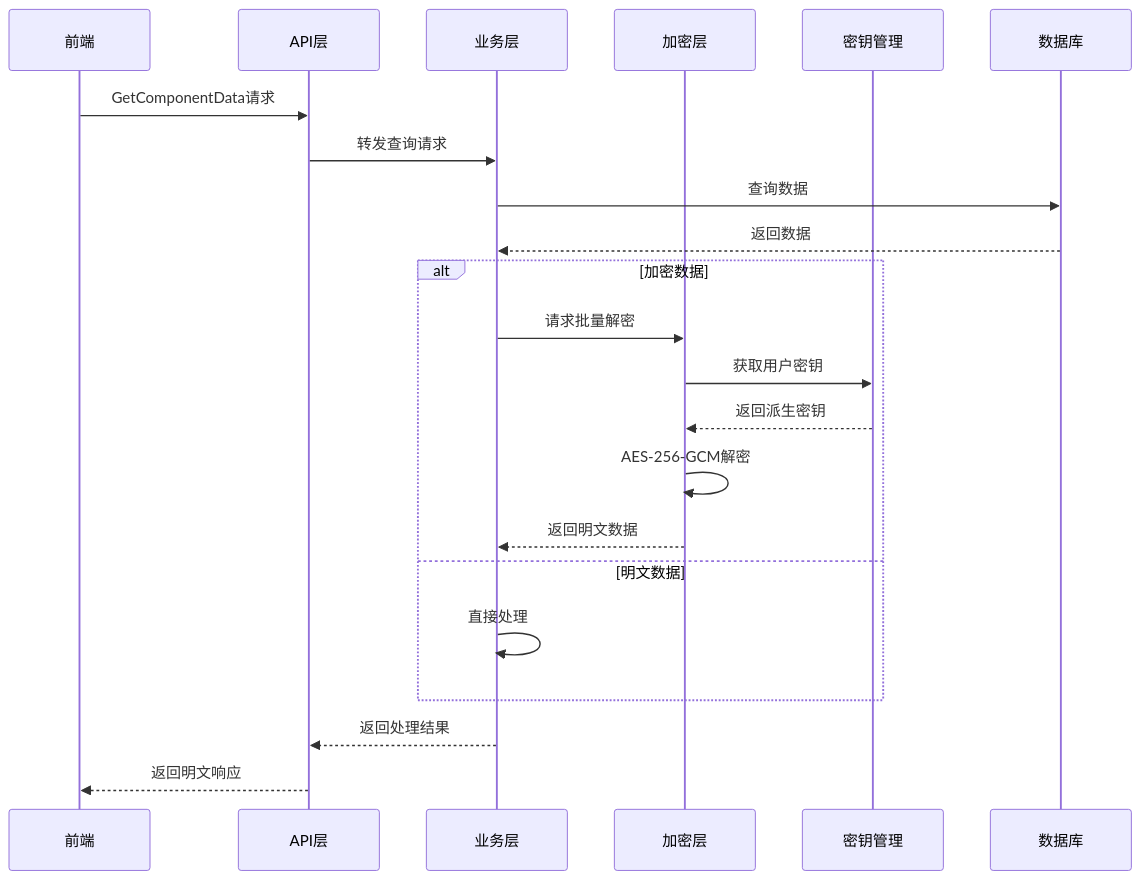
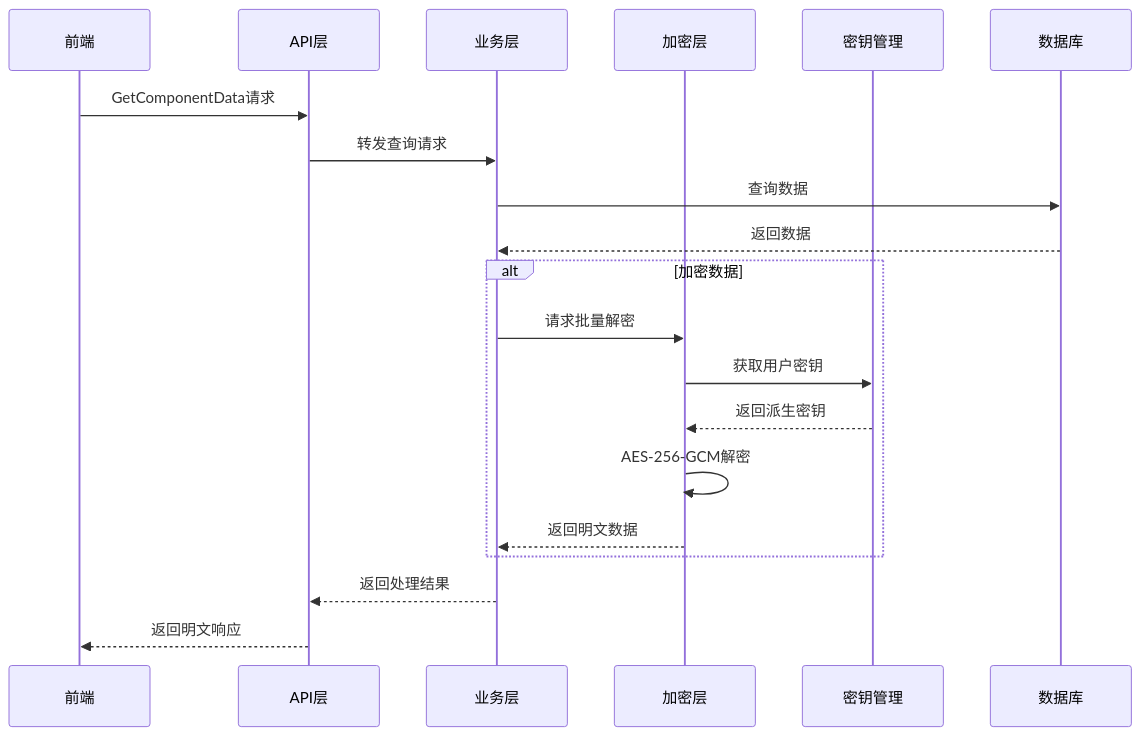
One commit to yingjianzh/iodraw-files changed the diagram in all/未命名-1.md. Above: the diagram before and after it, drawn with Mermaid.

Commit message:
2025-09-01 16:08:49 update

````diff
--- a/all/未命名-1.md
+++ b/all/未命名-1.md
@@ -1,27 +1,25 @@
 ```mermaid
 sequenceDiagram
     participant F as 前端
     participant A as API层
     participant B as 业务层
     participant E as 加密层
     participant K as 密钥管理
     participant D as 数据库
     
     F->>A: GetComponentData请求
     A->>B: 转发查询请求
     B->>D: 查询数据
     D-->>B: 返回数据
         
     alt 加密数据
         B->>E: 请求批量解密
         E->>K: 获取用户密钥
         K-->>E: 返回派生密钥
         E->>E: AES-256-GCM解密
         E-->>B: 返回明文数据
-    else 明文数据
-        B->>B: 直接处理
     end
     
     B-->>A: 返回处理结果
     A-->>F: 返回明文响应
 ```
````
